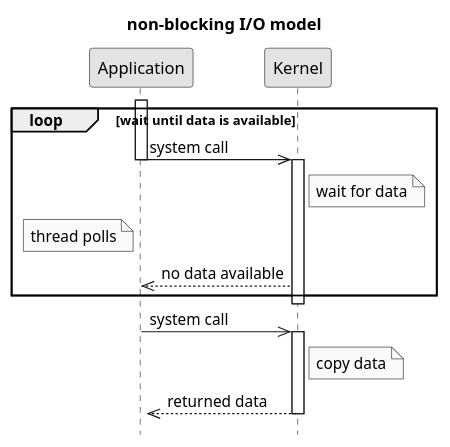
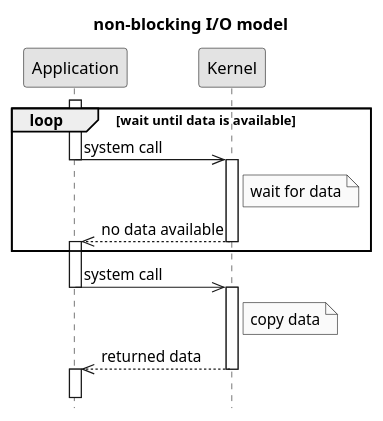
Before and after one commit to c0p4c4b4n4/demo-sockets-io-nio-nio2: the diagram in .images/non-blocking IO model.puml, drawn with PlantUML. The commit also changed 3 other files, not shown here.

```diff
--- a/.images/non-blocking IO model.puml
+++ b/.images/non-blocking IO model.puml
@@ -1,24 +1,24 @@
 @startuml
 title non-blocking I/O model
 hide footbox
 skinparam monochrome true
 skinparam shadowing false
 activate Application
 loop wait until data is available
     Application->>Kernel: system call
     deactivate Application
     activate Kernel
     Note right of Kernel: wait for data
-    Note left of Application: thread polls
     Kernel-->>Application: no data available
+    deactivate Kernel
+    activate Application
 end
-deactivate Kernel
-activate Application
 Application->>Kernel: system call
 deactivate Application
 activate Kernel
 Note right of Kernel: copy data
 Kernel-->>Application: returned data
 deactivate Kernel
 activate Application
+||15||
 @enduml
```
